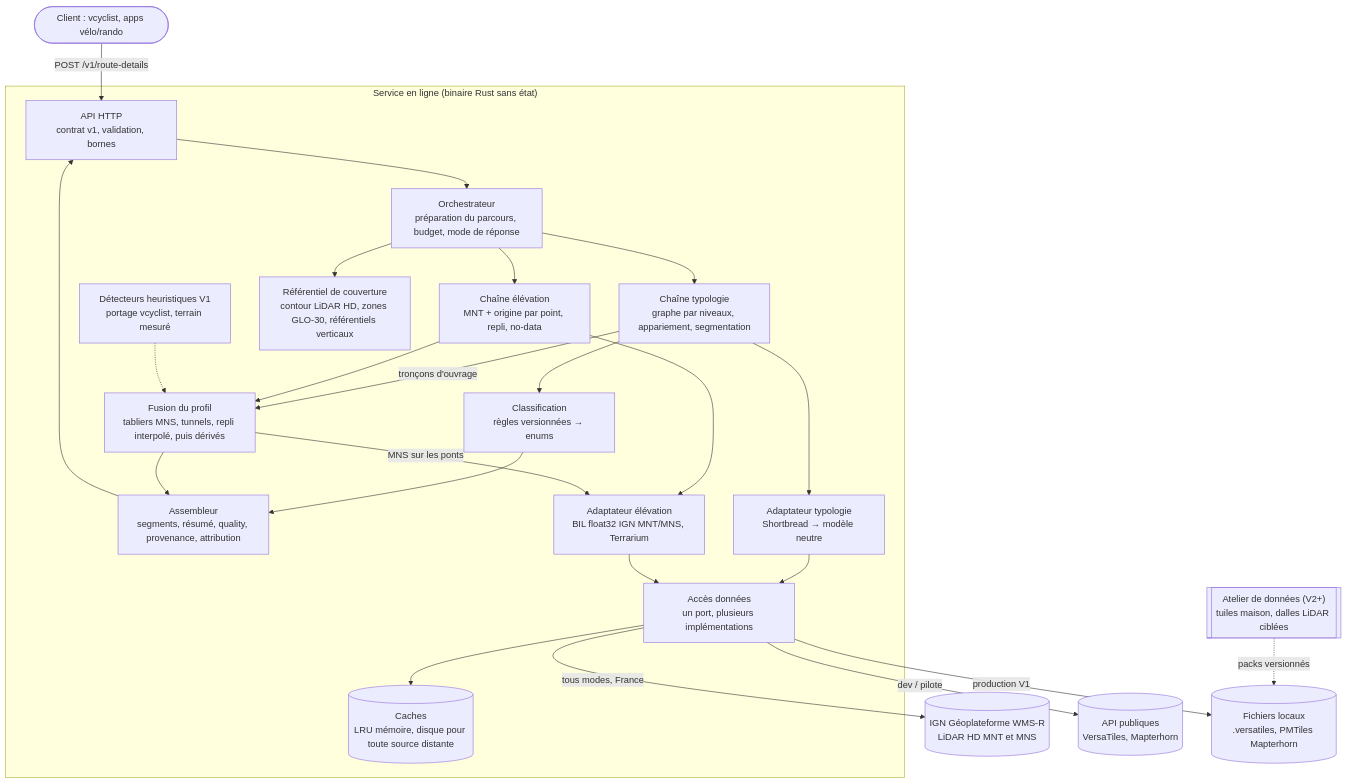
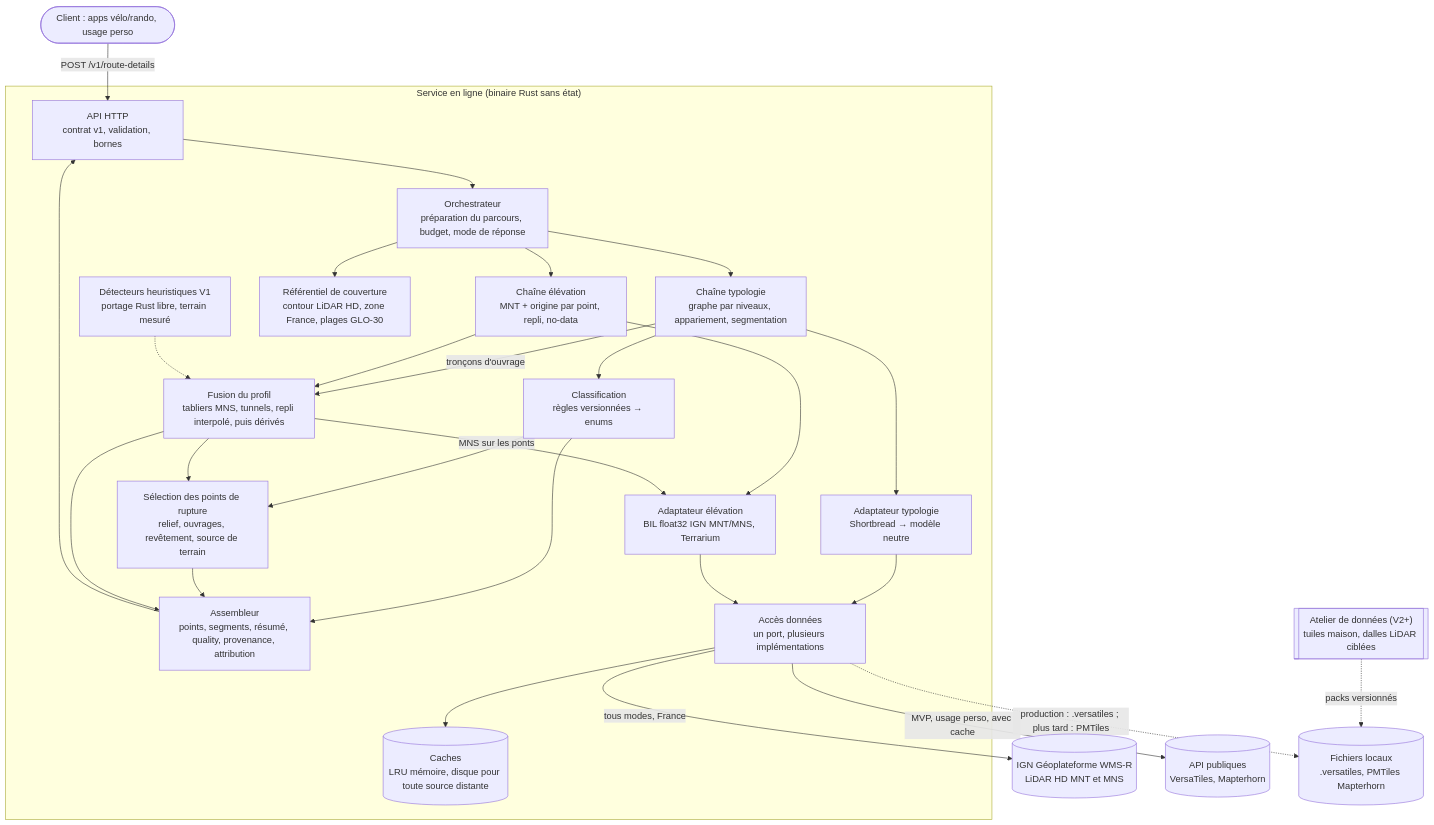
Before and after one commit to glandais/osm-route-details: the diagram in docs/design/01-conception-generale.md, drawn with Mermaid. The commit also changed other lines of this file and 2 other files, not shown here.

````diff
--- a/docs/design/01-conception-generale.md
+++ b/docs/design/01-conception-generale.md
@@ -101,29 +127,32 @@
 ```mermaid
 flowchart TB
-    client([Client : vcyclist, apps vélo/rando]) -->|POST /v1/route-details| api
+    client([Client : apps vélo/rando, usage perso]) -->|POST /v1/route-details| api
 
     subgraph service["Service en ligne (binaire Rust sans état)"]
         api[API HTTP<br/>contrat v1, validation, bornes] --> orch[Orchestrateur<br/>préparation du parcours, budget, mode de réponse]
         orch --> typo[Chaîne typologie<br/>graphe par niveaux, appariement, segmentation]
         orch --> elev[Chaîne élévation<br/>MNT + origine par point, repli, no-data]
-        orch --> couv[Référentiel de couverture<br/>contour LiDAR HD, zones GLO-30, référentiels verticaux]
+        orch --> couv[Référentiel de couverture<br/>contour LiDAR HD, zone France, plages GLO-30]
         typo --> classif[Classification<br/>règles versionnées → enums]
         typo -->|tronçons d'ouvrage| fusion
         elev --> fusion[Fusion du profil<br/>tabliers MNS, tunnels, repli interpolé, puis dérivés]
-        heur[Détecteurs heuristiques V1<br/>portage vcyclist, terrain mesuré] -.-> fusion
+        heur[Détecteurs heuristiques V1<br/>portage Rust libre, terrain mesuré] -.-> fusion
+        classif --> rupt
+        fusion --> rupt[Sélection des points de rupture<br/>relief, ouvrages, revêtement, source de terrain]
         classif --> asm
-        fusion --> asm[Assembleur<br/>segments, résumé, quality, provenance, attribution]
+        rupt --> asm
+        fusion --> asm[Assembleur<br/>points, segments, résumé, quality, provenance, attribution]
         asm --> api
         typo --> srcT[Adaptateur typologie<br/>Shortbread → modèle neutre]
         elev --> srcE[Adaptateur élévation<br/>BIL float32 IGN MNT/MNS, Terrarium]
         fusion -->|MNS sur les ponts| srcE
         srcT --> acc[Accès données<br/>un port, plusieurs implémentations]
         srcE --> acc
         acc --> cache[(Caches<br/>LRU mémoire, disque pour toute source distante)]
     end
 
     acc -->|tous modes, France| ign[(IGN Géoplateforme WMS-R<br/>LiDAR HD MNT et MNS)]
-    acc -->|dev / pilote| pub[(API publiques<br/>VersaTiles, Mapterhorn)]
-    acc -->|production V1| files[(Fichiers locaux<br/>.versatiles, PMTiles Mapterhorn)]
+    acc -->|MVP, usage perso, avec cache| pub[(API publiques<br/>VersaTiles, Mapterhorn)]
+    acc -.->|production : .versatiles ; plus tard : PMTiles| files[(Fichiers locaux<br/>.versatiles, PMTiles Mapterhorn)]
     atelier[["Atelier de données (V2+)<br/>tuiles maison, dalles LiDAR ciblées"]] -.->|packs versionnés| files
 ```
````
